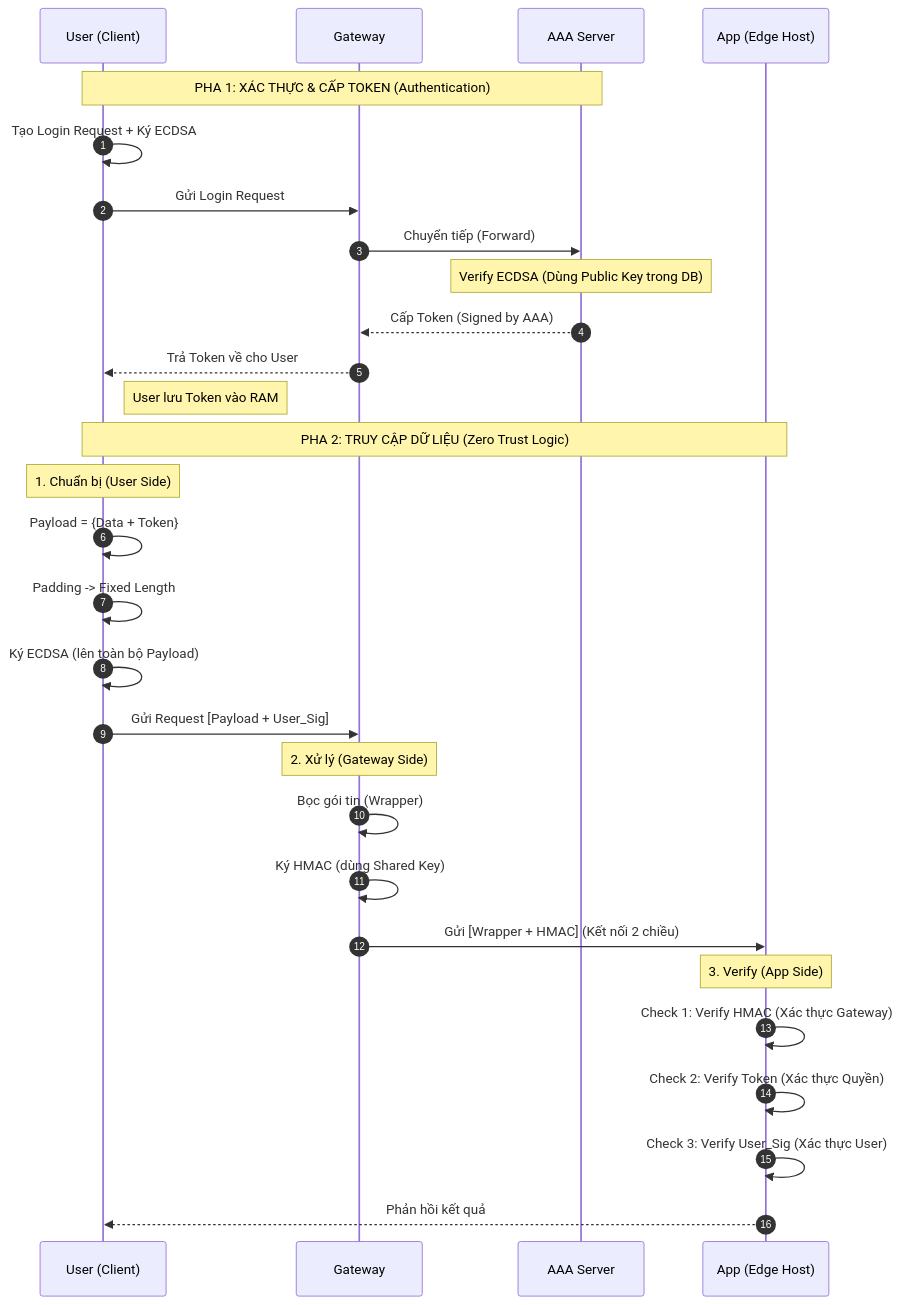
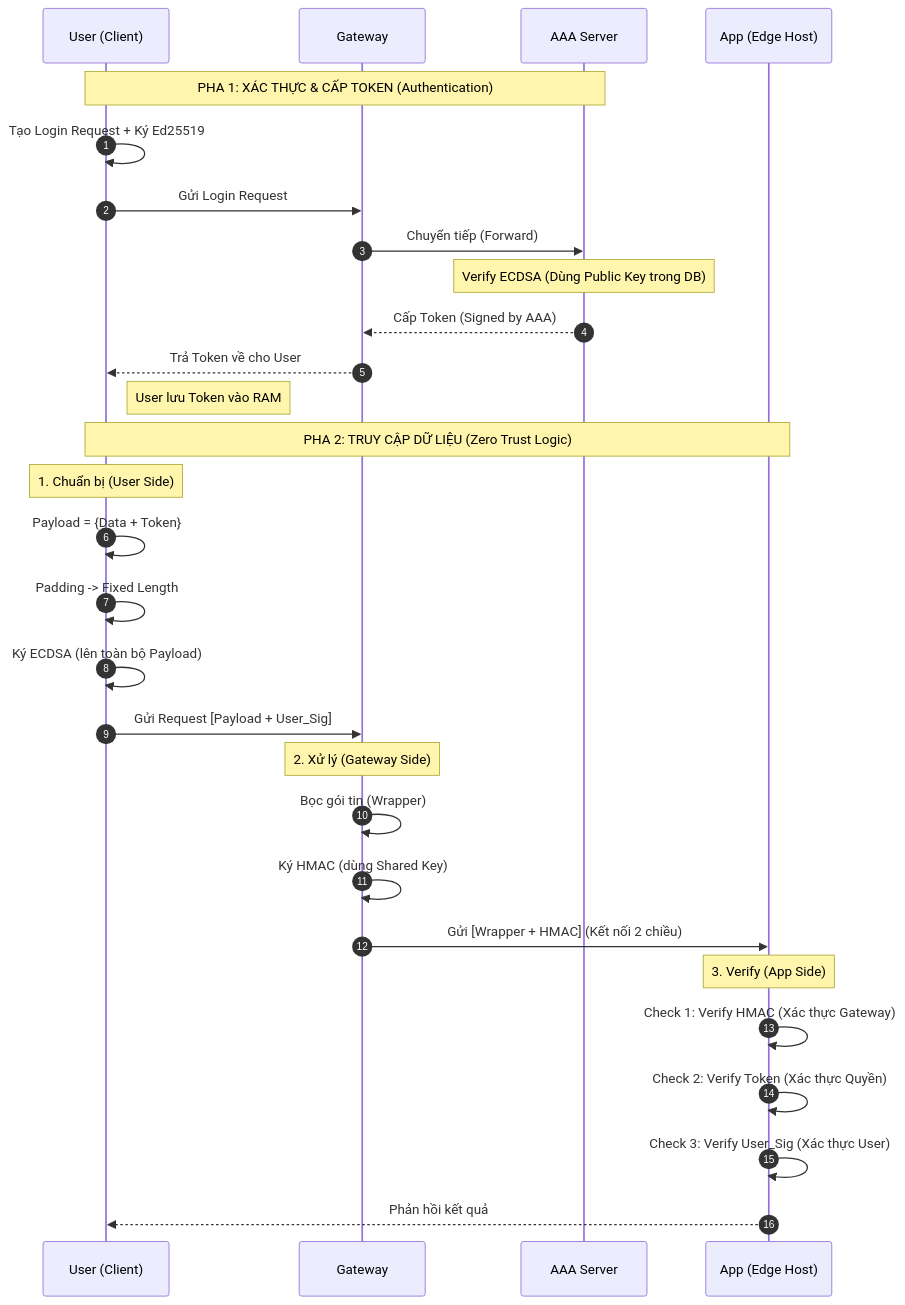
The second of 2 diagrams in Project.md (NTSua1908/Zero-Trust), drawn with Mermaid before and after one commit. The commit also changed other lines of this file and 11 other files, not shown here.

````diff
--- a/Project.md
+++ b/Project.md
@@ -128,39 +112,39 @@
 ```mermaid
 sequenceDiagram
     autonumber
     participant U as User (Client)
     participant GW as Gateway
     participant AAA as AAA Server
     participant App as App (Edge Host)
 
     %% --- PHA 1 ---
     Note over U, AAA: PHA 1: XÁC THỰC & CẤP TOKEN (Authentication)
-    U->>U: Tạo Login Request + Ký ECDSA
+    U->>U: Tạo Login Request + Ký Ed25519
     U->>GW: Gửi Login Request
     GW->>AAA: Chuyển tiếp (Forward)
     Note over AAA: Verify ECDSA (Dùng Public Key trong DB)
     AAA-->>GW: Cấp Token (Signed by AAA)
     GW-->>U: Trả Token về cho User
     Note right of U: User lưu Token vào RAM
 
     %% --- PHA 2 ---
     Note over U, App: PHA 2: TRUY CẬP DỮ LIỆU (Zero Trust Logic)
 
     Note over U: 1. Chuẩn bị (User Side)
     U->>U: Payload = {Data + Token}
     U->>U: Padding -> Fixed Length
     U->>U: Ký ECDSA (lên toàn bộ Payload)
     U->>GW: Gửi Request [Payload + User_Sig]
 
     Note over GW: 2. Xử lý (Gateway Side)
     GW->>GW: Bọc gói tin (Wrapper)
     GW->>GW: Ký HMAC (dùng Shared Key)
     GW->>App: Gửi [Wrapper + HMAC] (Kết nối 2 chiều)
 
     Note over App: 3. Verify (App Side)
     App->>App: Check 1: Verify HMAC (Xác thực Gateway)
     App->>App: Check 2: Verify Token (Xác thực Quyền)
     App->>App: Check 3: Verify User_Sig (Xác thực User)
 
     App-->>U: Phản hồi kết quả
 ```
````
